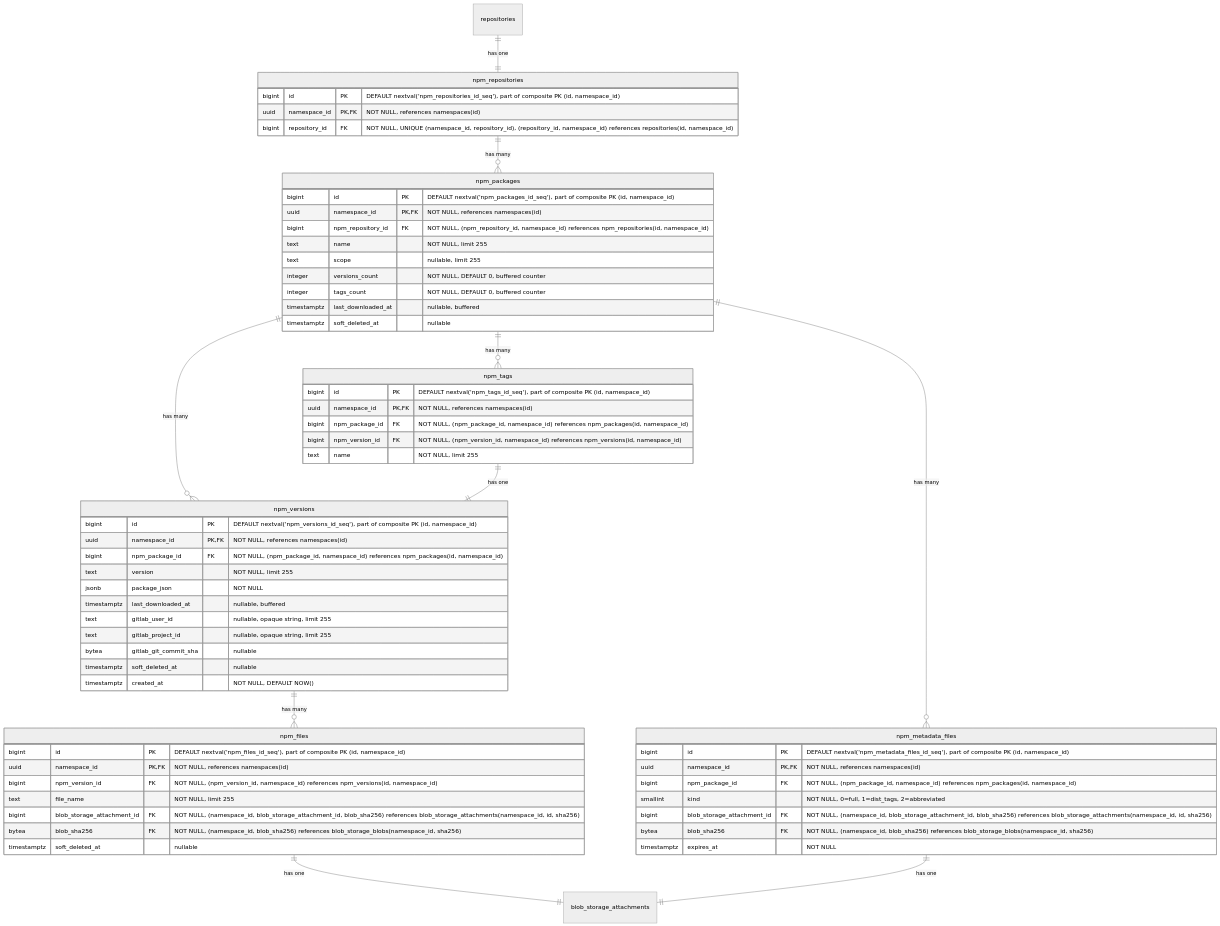
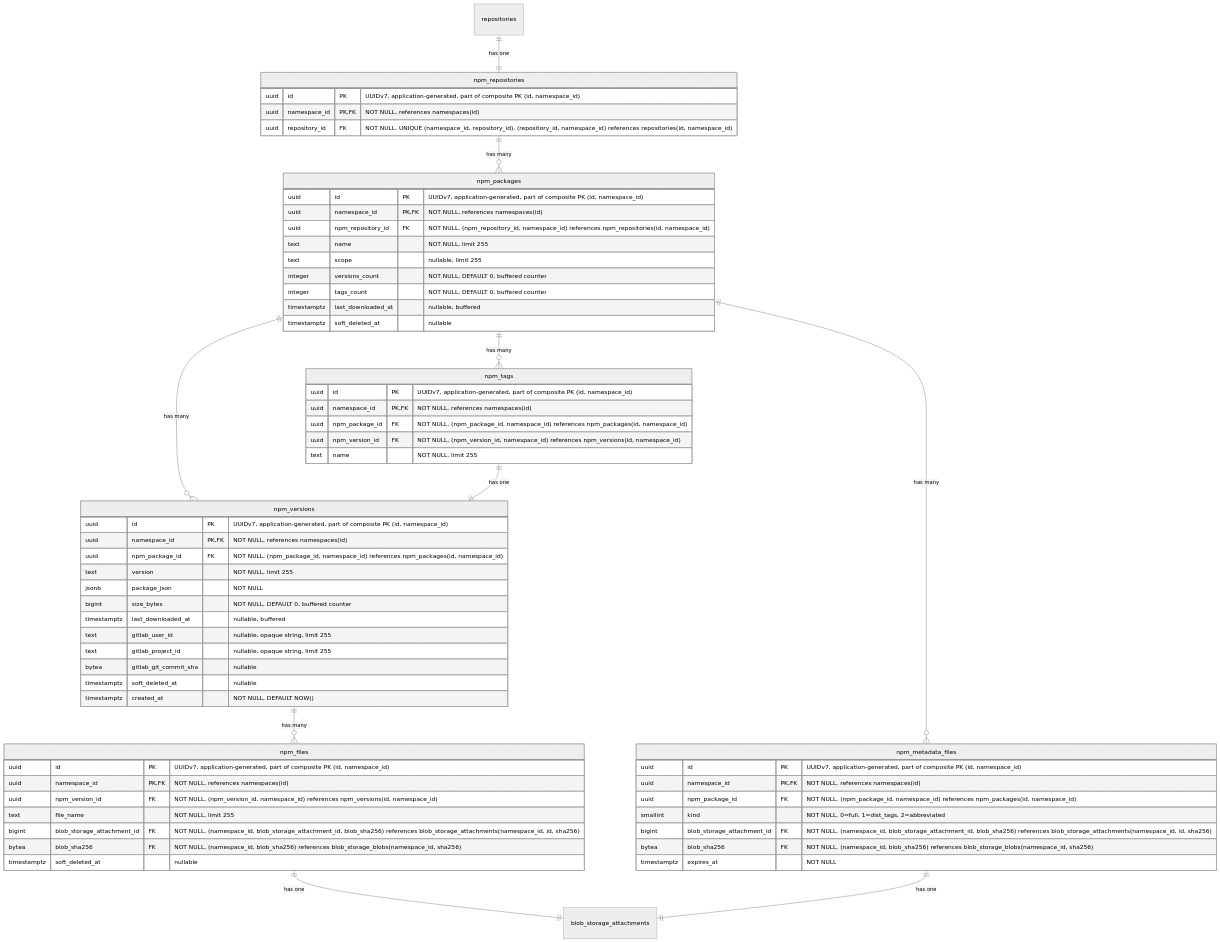
Diagram 13 of 19 in content/handbook/engineering/architecture/design-documents/artifact_registry/decisions/007_database_schema.md (kyama0/gitlab-handbook-ja), drawn with Mermaid (neutral theme) before and after one commit. The commit also changed other lines of this file and 105 other files, not shown here.

````diff
--- a/content/handbook/engineering/architecture/design-documents/artifact_registry/decisions/007_database_schema.md
+++ b/content/handbook/engineering/architecture/design-documents/artifact_registry/decisions/007_database_schema.md
@@ -1082,72 +1096,73 @@
 ```mermaid
 erDiagram
     repositories ||--|| npm_repositories : "has one"
     npm_repositories ||--o{ npm_packages : "has many"
     npm_packages ||--o{ npm_versions : "has many"
     npm_packages ||--o{ npm_tags : "has many"
     npm_versions ||--o{ npm_files : "has many"
     npm_tags ||--|| npm_versions : "has one"
     npm_packages ||--o{ npm_metadata_files : "has many"
     npm_files ||--|| blob_storage_attachments : "has one"
     npm_metadata_files ||--|| blob_storage_attachments : "has one"
 
     npm_repositories {
-        bigint id PK "DEFAULT nextval('npm_repositories_id_seq'), part of composite PK (id, namespace_id)"
+        uuid id PK "UUIDv7, application-generated, part of composite PK (id, namespace_id)"
         uuid namespace_id PK,FK "NOT NULL, references namespaces(id)"
-        bigint repository_id FK "NOT NULL, UNIQUE (namespace_id, repository_id), (repository_id, namespace_id) references repositories(id, namespace_id)"
+        uuid repository_id FK "NOT NULL, UNIQUE (namespace_id, repository_id), (repository_id, namespace_id) references repositories(id, namespace_id)"
     }
 
     npm_packages {
-        bigint id PK "DEFAULT nextval('npm_packages_id_seq'), part of composite PK (id, namespace_id)"
+        uuid id PK "UUIDv7, application-generated, part of composite PK (id, namespace_id)"
         uuid namespace_id PK,FK "NOT NULL, references namespaces(id)"
-        bigint npm_repository_id FK "NOT NULL, (npm_repository_id, namespace_id) references npm_repositories(id, namespace_id)"
+        uuid npm_repository_id FK "NOT NULL, (npm_repository_id, namespace_id) references npm_repositories(id, namespace_id)"
         text name "NOT NULL, limit 255"
         text scope "nullable, limit 255"
         integer versions_count "NOT NULL, DEFAULT 0, buffered counter"
         integer tags_count "NOT NULL, DEFAULT 0, buffered counter"
         timestamptz last_downloaded_at "nullable, buffered"
         timestamptz soft_deleted_at "nullable"
     }
 
     npm_versions {
-        bigint id PK "DEFAULT nextval('npm_versions_id_seq'), part of composite PK (id, namespace_id)"
+        uuid id PK "UUIDv7, application-generated, part of composite PK (id, namespace_id)"
         uuid namespace_id PK,FK "NOT NULL, references namespaces(id)"
-        bigint npm_package_id FK "NOT NULL, (npm_package_id, namespace_id) references npm_packages(id, namespace_id)"
+        uuid npm_package_id FK "NOT NULL, (npm_package_id, namespace_id) references npm_packages(id, namespace_id)"
         text version "NOT NULL, limit 255"
         jsonb package_json "NOT NULL"
+        bigint size_bytes "NOT NULL, DEFAULT 0, buffered counter"
         timestamptz last_downloaded_at "nullable, buffered"
         text gitlab_user_id "nullable, opaque string, limit 255"
         text gitlab_project_id "nullable, opaque string, limit 255"
         bytea gitlab_git_commit_sha "nullable"
         timestamptz soft_deleted_at "nullable"
         timestamptz created_at "NOT NULL, DEFAULT NOW()"
     }
 
     npm_tags {
-        bigint id PK "DEFAULT nextval('npm_tags_id_seq'), part of composite PK (id, namespace_id)"
+        uuid id PK "UUIDv7, application-generated, part of composite PK (id, namespace_id)"
         uuid namespace_id PK,FK "NOT NULL, references namespaces(id)"
-        bigint npm_package_id FK "NOT NULL, (npm_package_id, namespace_id) references npm_packages(id, namespace_id)"
-        bigint npm_version_id FK "NOT NULL, (npm_version_id, namespace_id) references npm_versions(id, namespace_id)"
+        uuid npm_package_id FK "NOT NULL, (npm_package_id, namespace_id) references npm_packages(id, namespace_id)"
+        uuid npm_version_id FK "NOT NULL, (npm_version_id, namespace_id) references npm_versions(id, namespace_id)"
         text name "NOT NULL, limit 255"
     }
 
     npm_files {
-        bigint id PK "DEFAULT nextval('npm_files_id_seq'), part of composite PK (id, namespace_id)"
+        uuid id PK "UUIDv7, application-generated, part of composite PK (id, namespace_id)"
         uuid namespace_id PK,FK "NOT NULL, references namespaces(id)"
-        bigint npm_version_id FK "NOT NULL, (npm_version_id, namespace_id) references npm_versions(id, namespace_id)"
+        uuid npm_version_id FK "NOT NULL, (npm_version_id, namespace_id) references npm_versions(id, namespace_id)"
         text file_name "NOT NULL, limit 255"
         bigint blob_storage_attachment_id FK "NOT NULL, (namespace_id, blob_storage_attachment_id, blob_sha256) references blob_storage_attachments(namespace_id, id, sha256)"
         bytea blob_sha256 FK "NOT NULL, (namespace_id, blob_sha256) references blob_storage_blobs(namespace_id, sha256)"
         timestamptz soft_deleted_at "nullable"
     }
 
     npm_metadata_files {
-        bigint id PK "DEFAULT nextval('npm_metadata_files_id_seq'), part of composite PK (id, namespace_id)"
+        uuid id PK "UUIDv7, application-generated, part of composite PK (id, namespace_id)"
         uuid namespace_id PK,FK "NOT NULL, references namespaces(id)"
-        bigint npm_package_id FK "NOT NULL, (npm_package_id, namespace_id) references npm_packages(id, namespace_id)"
+        uuid npm_package_id FK "NOT NULL, (npm_package_id, namespace_id) references npm_packages(id, namespace_id)"
         smallint kind "NOT NULL, 0=full, 1=dist_tags, 2=abbreviated"
         bigint blob_storage_attachment_id FK "NOT NULL, (namespace_id, blob_storage_attachment_id, blob_sha256) references blob_storage_attachments(namespace_id, id, sha256)"
         bytea blob_sha256 FK "NOT NULL, (namespace_id, blob_sha256) references blob_storage_blobs(namespace_id, sha256)"
         timestamptz expires_at "NOT NULL"
     }
 ```
````
